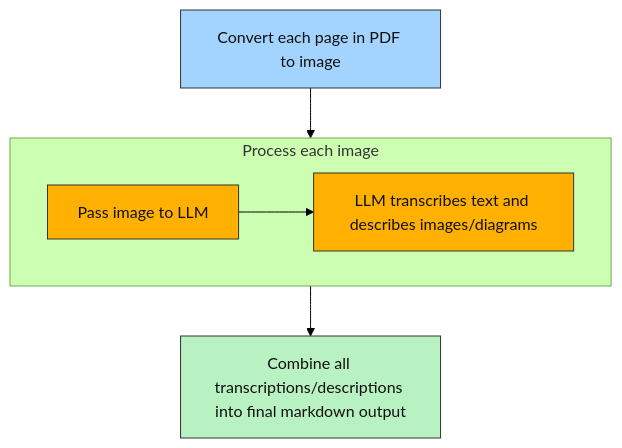
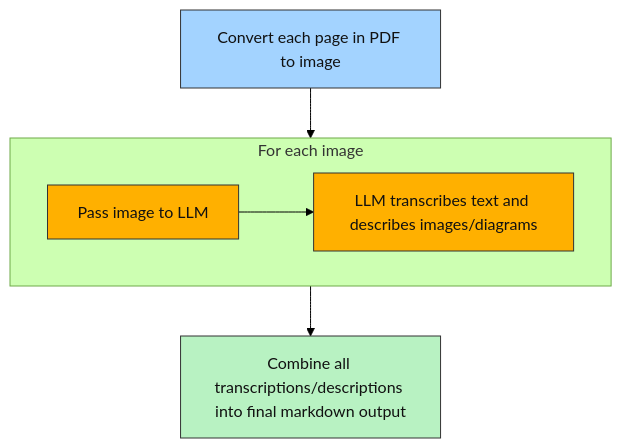
Before and after one commit to DanGiannone1/document_ingestion_for_genai: the first of 2 diagrams in README.md, drawn with Mermaid (forest theme). The commit also changed other lines of this file, not shown here.

````diff
--- a/README.md
+++ b/README.md
@@ -40,25 +40,25 @@
 ```mermaid
 graph TD
 B[Convert each page in PDF to image]
 B --> C
-subgraph "Process each image"
+subgraph "For each image"
 direction LR
 C[Pass image to LLM] --> D[LLM transcribes text and describes images/diagrams]
 end
 D --> F[Combine all transcriptions/descriptions into final markdown output]
 
 
 %% ---- Reusable style classes (readable on GitHub light & dark) ----
 classDef llm fill:#FFB000,stroke:#333,stroke-width:1px,color:#111;
 classDef nonllm fill:#A3D3FF,stroke:#333,stroke-width:1px,color:#111;
 classDef output fill:#B8F2C2,stroke:#333,stroke-width:1px,color:#111;
 classDef term fill:#EDEDED,stroke:#333,stroke-width:1px,color:#111;
 
 %% ---- Apply classes ----
 class B nonllm;
 class C llm;
 class D llm;
 class F output;
 class G term;
 
 ```
````
